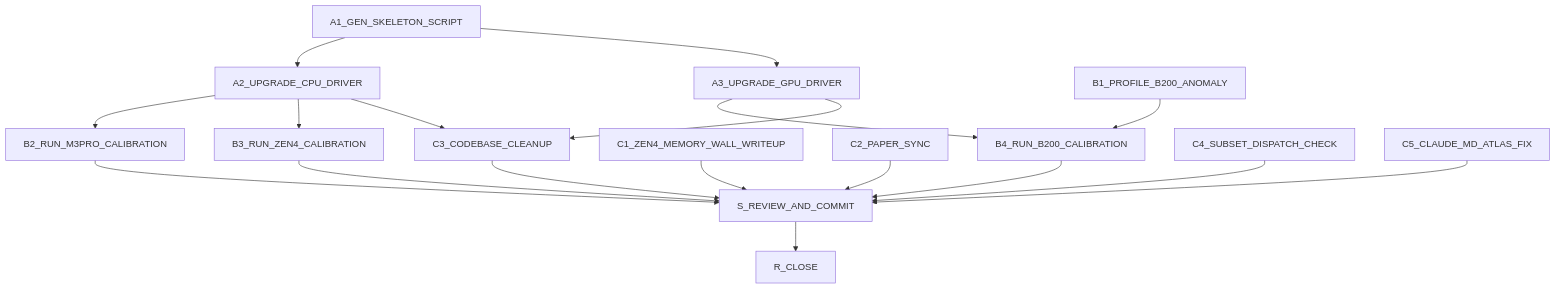
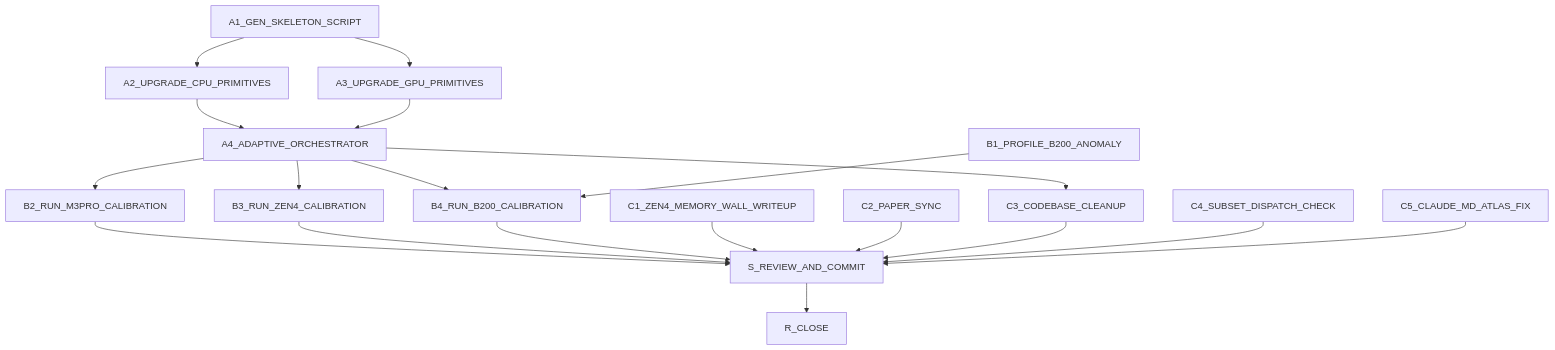
One commit to Sarose550/ICM changed the diagram in SPRINT_CALIBRATION_AND_READINESS_DAG.md. Above: the diagram before and after it, drawn with Mermaid. The commit also changed other lines of this file and 1 other file, not shown here.

First line of the commit message:
Revise calibration plan: wider k-anchors, fully-specified adaptive stopping rule, single orchestrator deliverable, corrected DeepSeek routing

````diff
--- a/SPRINT_CALIBRATION_AND_READINESS_DAG.md
+++ b/SPRINT_CALIBRATION_AND_READINESS_DAG.md
@@ -87,32 +185,34 @@
 ```mermaid
 graph TD
   A1[A1_GEN_SKELETON_SCRIPT]
-  A2[A2_UPGRADE_CPU_DRIVER]
-  A3[A3_UPGRADE_GPU_DRIVER]
+  A2[A2_UPGRADE_CPU_PRIMITIVES]
+  A3[A3_UPGRADE_GPU_PRIMITIVES]
+  A4[A4_ADAPTIVE_ORCHESTRATOR]
   B1[B1_PROFILE_B200_ANOMALY]
   B2[B2_RUN_M3PRO_CALIBRATION]
   B3[B3_RUN_ZEN4_CALIBRATION]
   B4[B4_RUN_B200_CALIBRATION]
   C1[C1_ZEN4_MEMORY_WALL_WRITEUP]
   C2[C2_PAPER_SYNC]
   C3[C3_CODEBASE_CLEANUP]
   C4[C4_SUBSET_DISPATCH_CHECK]
   C5[C5_CLAUDE_MD_ATLAS_FIX]
   A1 --> A2
   A1 --> A3
-  A2 --> B2
-  A2 --> B3
-  A3 --> B4
+  A2 --> A4
+  A3 --> A4
+  A4 --> B2
+  A4 --> B3
+  A4 --> B4
   B1 --> B4
-  A2 --> C3
-  A3 --> C3
+  A4 --> C3
   B2 --> S[S_REVIEW_AND_COMMIT]
   B3 --> S
   B4 --> S
   C1 --> S
   C2 --> S
   C3 --> S
   C4 --> S
   C5 --> S
   S --> Z[R_CLOSE]
 ```
````
